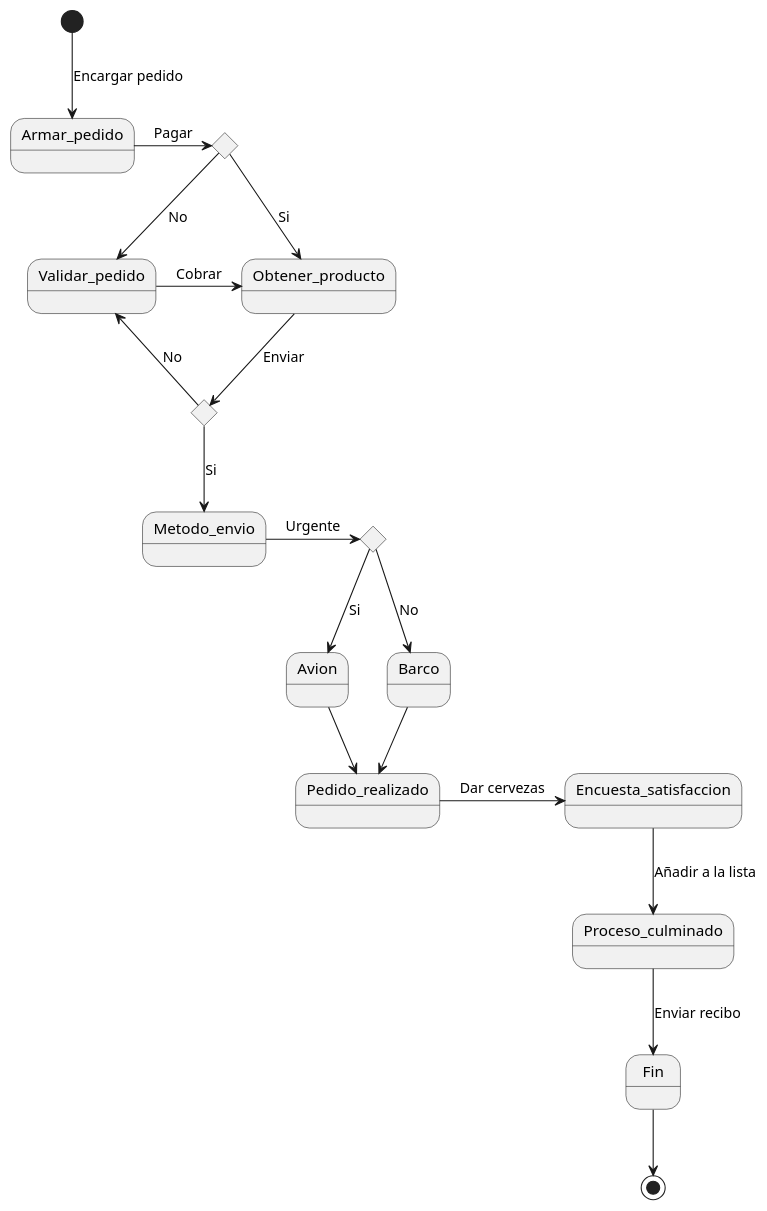
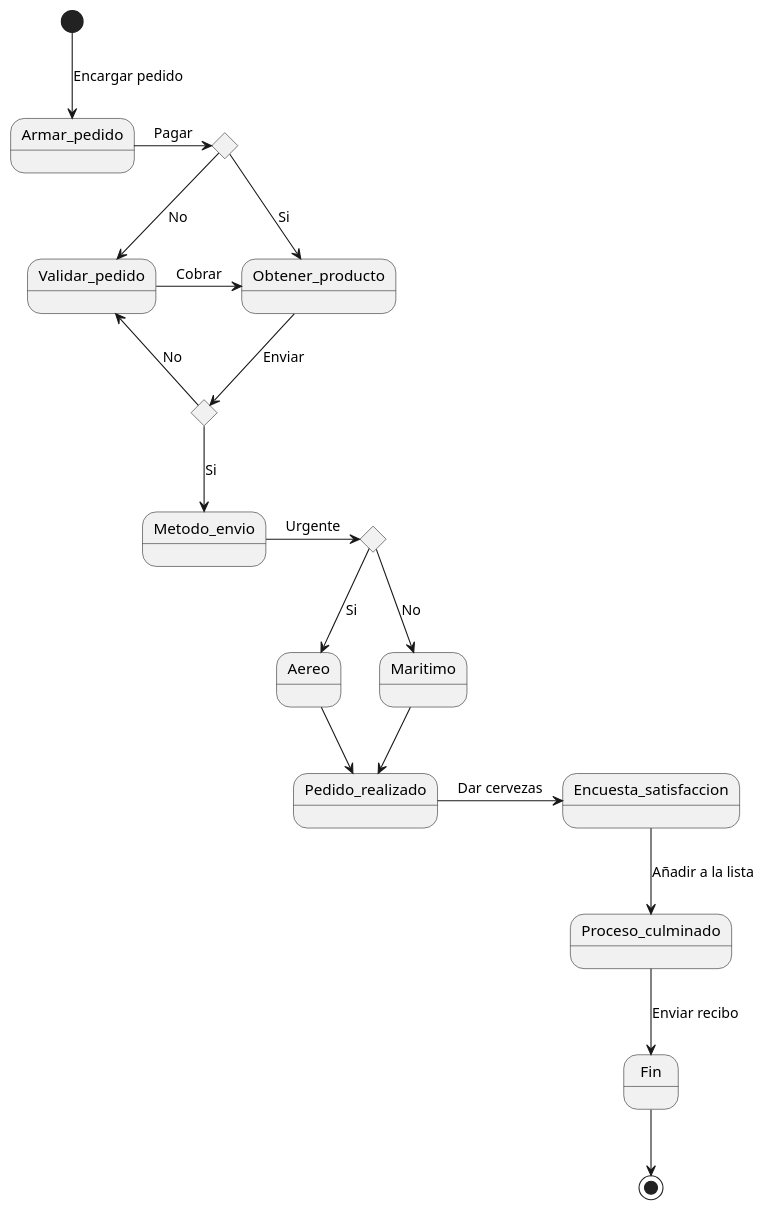
Before and after one commit to Dayannis-07/IS-022023: the diagram in docs/diagrams/Ejercicio_I_Practica_3.plantuml, drawn with PlantUML. The commit also changed 3 other files, not shown here.

```diff
--- a/docs/diagrams/Ejercicio_I_Practica_3.plantuml
+++ b/docs/diagrams/Ejercicio_I_Practica_3.plantuml
@@ -1,35 +1,35 @@
 @startuml Diagrama de Estado
 state Armar_pedido
 state Opcion1 <<choice>>
 state Obtener_producto
 state Validar_pedido
 state Metodo_envio
 state Opcion2 <<choice>>
-state Avion
-state Barco
+state Aereo
+state Maritimo
 state Opcion3 <<choice>>
 state Pedido_realizado
 state Encuesta_satisfaccion
 state Proceso_culminado
 state Fin
 
 [*] --> Armar_pedido : Encargar pedido
 Armar_pedido -> Opcion1 : Pagar
 Opcion1--> Validar_pedido : No
 Opcion1--> Obtener_producto : Si
 Validar_pedido -> Obtener_producto: Cobrar
 Obtener_producto -> Opcion2 : Enviar
 Opcion2--> Validar_pedido : No
 Opcion2 --> Metodo_envio: Si
 Metodo_envio -> Opcion3 : Urgente
-Opcion3-->Avion : Si
-Opcion3-->Barco: No
-Avion -d-> Pedido_realizado
-Barco -d-> Pedido_realizado
+Opcion3-->Aereo : Si
+Opcion3-->Maritimo: No
+Aereo -d-> Pedido_realizado
+Maritimo -d-> Pedido_realizado
 
 Pedido_realizado-> Encuesta_satisfaccion: Dar cervezas
 Encuesta_satisfaccion --> Proceso_culminado: Añadir a la lista
 Proceso_culminado -d-> Fin: Enviar recibo
 Fin--> [*]
 
 @enduml
```
